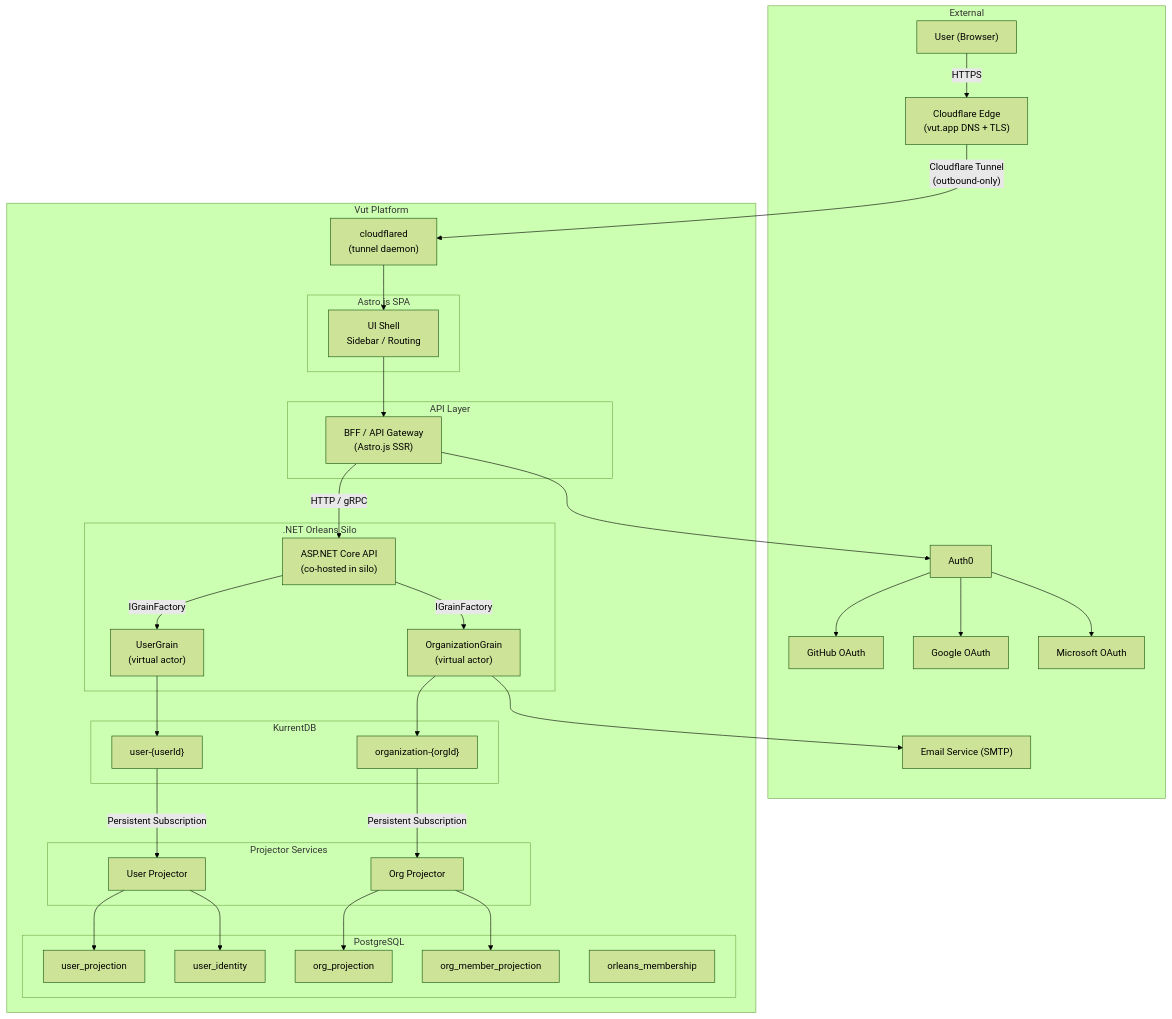
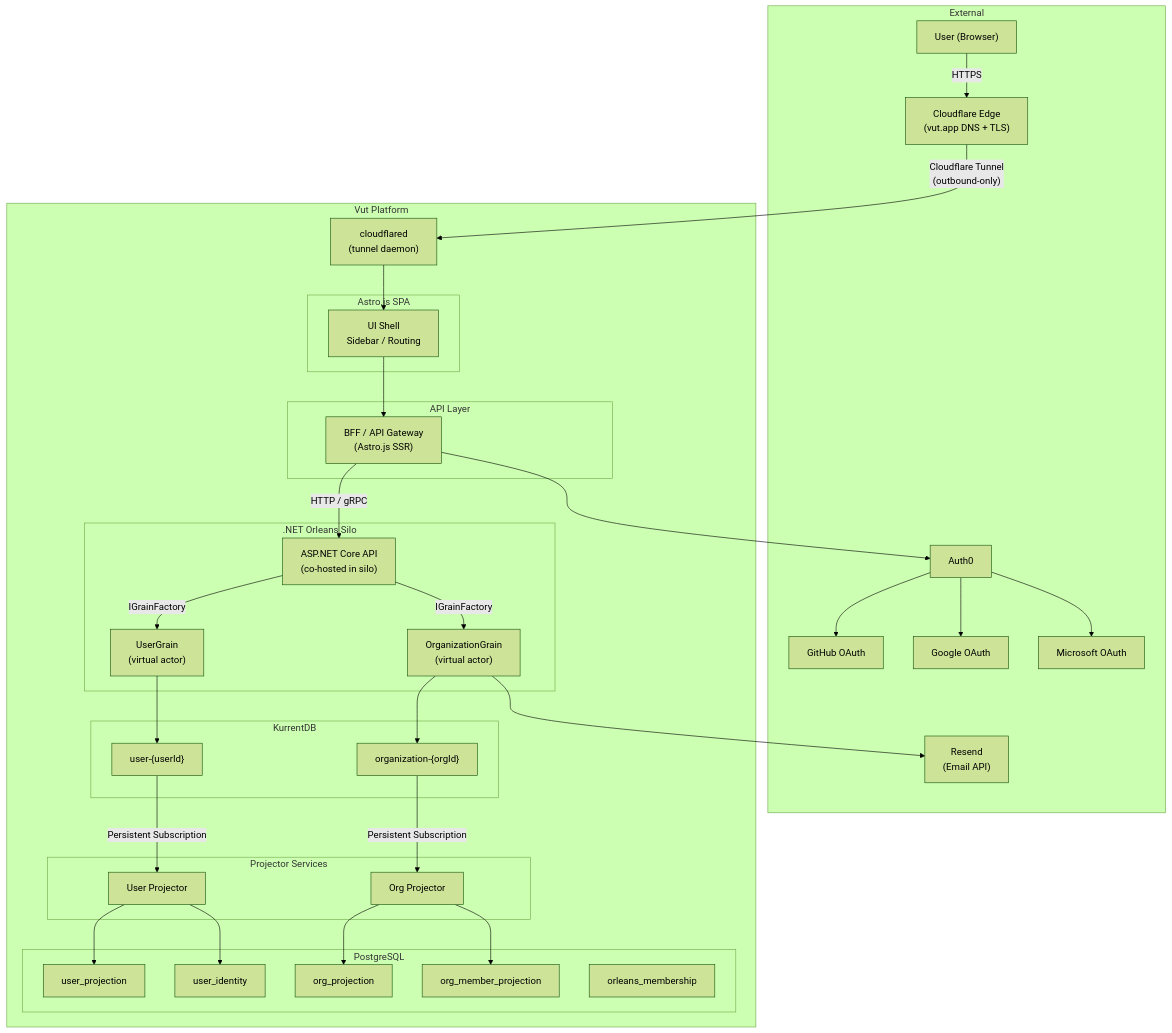
The first of 23 diagrams in epics/01-epic-first-signin-org/architecture/architecture.md (lekhasy/Vut), drawn with Mermaid (forest theme) before and after one commit. The commit also changed other lines of this file and 8 other files, not shown here.

````diff
--- a/epics/01-epic-first-signin-org/architecture/architecture.md
+++ b/epics/01-epic-first-signin-org/architecture/architecture.md
@@ -13,69 +13,69 @@
 ```mermaid
 graph TB
     subgraph External
         User["User (Browser)"]
         GH["GitHub OAuth"]
         Google["Google OAuth"]
         MS["Microsoft OAuth"]
         Auth0["Auth0"]
-        SMTP["Email Service (SMTP)"]
+        RESEND["Resend<br/>(Email API)"]
         CF["Cloudflare Edge<br/>(vut.app DNS + TLS)"]
     end
 
     subgraph Vut Platform
         subgraph Frontend["Astro.js SPA"]
             UI["UI Shell<br/>Sidebar / Routing"]
         end
 
         subgraph API["API Layer"]
             BFF["BFF / API Gateway<br/>(Astro.js SSR)"]
         end
 
         subgraph Backend[".NET Orleans Silo"]
             UA["UserGrain<br/>(virtual actor)"]
             OA["OrganizationGrain<br/>(virtual actor)"]
             APIEP["ASP.NET Core API<br/>(co-hosted in silo)"]
         end
 
         subgraph EventStore["KurrentDB"]
             US["user-{userId}"]
             OS["organization-{orgId}"]
         end
 
         subgraph ReadModel["PostgreSQL"]
             UP["user_projection"]
             UI2["user_identity"]
             OP["org_projection"]
             OMP["org_member_projection"]
             OM["orleans_membership"]
         end
 
         subgraph Projectors["Projector Services"]
             PU["User Projector"]
             PO["Org Projector"]
         end
 
         CFD["cloudflared<br/>(tunnel daemon)"]
     end
 
     User -->|HTTPS| CF
     CF -->|"Cloudflare Tunnel<br/>(outbound-only)"| CFD
     CFD --> UI
     UI --> BFF
     BFF --> Auth0
     Auth0 --> GH
     Auth0 --> Google
     Auth0 --> MS
     BFF -->|HTTP / gRPC| APIEP
     APIEP -->|IGrainFactory| UA
     APIEP -->|IGrainFactory| OA
     UA --> US
     OA --> OS
     US -->|Persistent Subscription| PU
     OS -->|Persistent Subscription| PO
     PU --> UP
     PU --> UI2
     PO --> OP
     PO --> OMP
-    OA --> SMTP
+    OA --> RESEND
 ```
````
